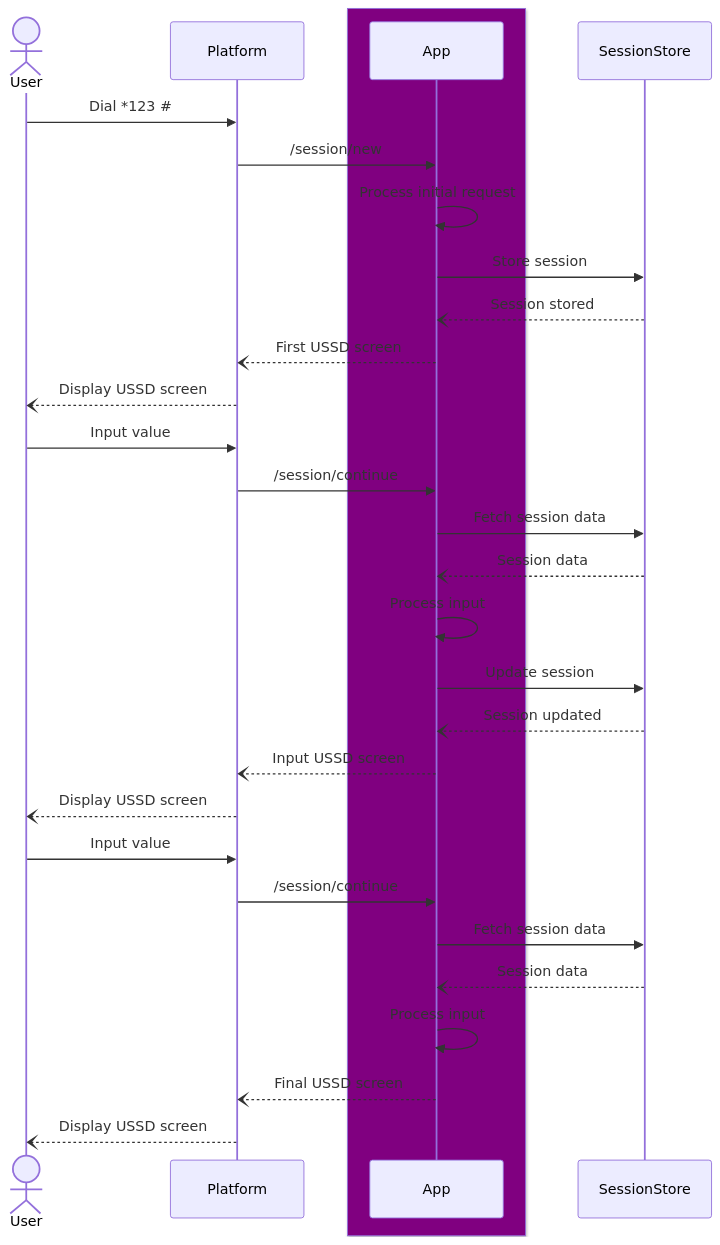
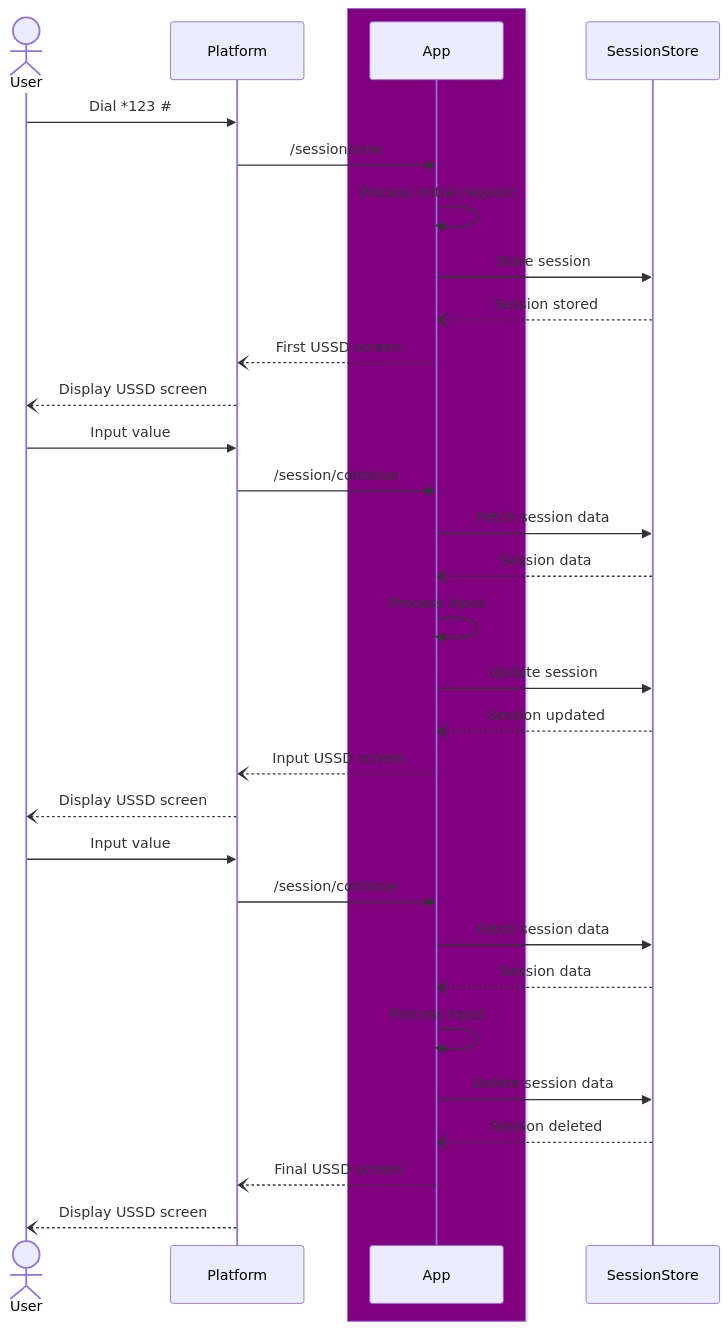
One commit to Only1Loatheb/brrricks changed the diagram in type_process_builder/doc/brrricks_app_session_flow.mmd. Above: the diagram before and after it, drawn with Mermaid. The commit also changed 1 other file, not shown here.

Commit message:
Put delete session data on the sequence diagram

```diff
--- a/type_process_builder/doc/brrricks_app_session_flow.mmd
+++ b/type_process_builder/doc/brrricks_app_session_flow.mmd
@@ -1,30 +1,32 @@
 sequenceDiagram
     actor User
     participant Platform
     box Purple
         participant App
     end
     participant SessionStore
     User ->> Platform: Dial *123 #35;
     Platform ->> App: /session/new
     App ->> App: Process initial request
     App ->> SessionStore: Store session
     SessionStore --) App: Session stored
     App --) Platform: First USSD screen
     Platform --) User: Display USSD screen
     User ->> Platform: Input value
     Platform ->> App: /session/continue
     App ->> SessionStore: Fetch session data
     SessionStore --) App: Session data
     App ->> App: Process input
     App ->> SessionStore: Update session
     SessionStore --) App: Session updated
     App --) Platform: Input USSD screen
     Platform --) User: Display USSD screen
     User ->> Platform: Input value
     Platform ->> App: /session/continue
     App ->> SessionStore: Fetch session data
     SessionStore --) App: Session data
     App ->> App: Process input
+    App ->> SessionStore: Delete session data
+    SessionStore --) App: Session deleted
     App --) Platform: Final USSD screen
     Platform --) User: Display USSD screen
```
